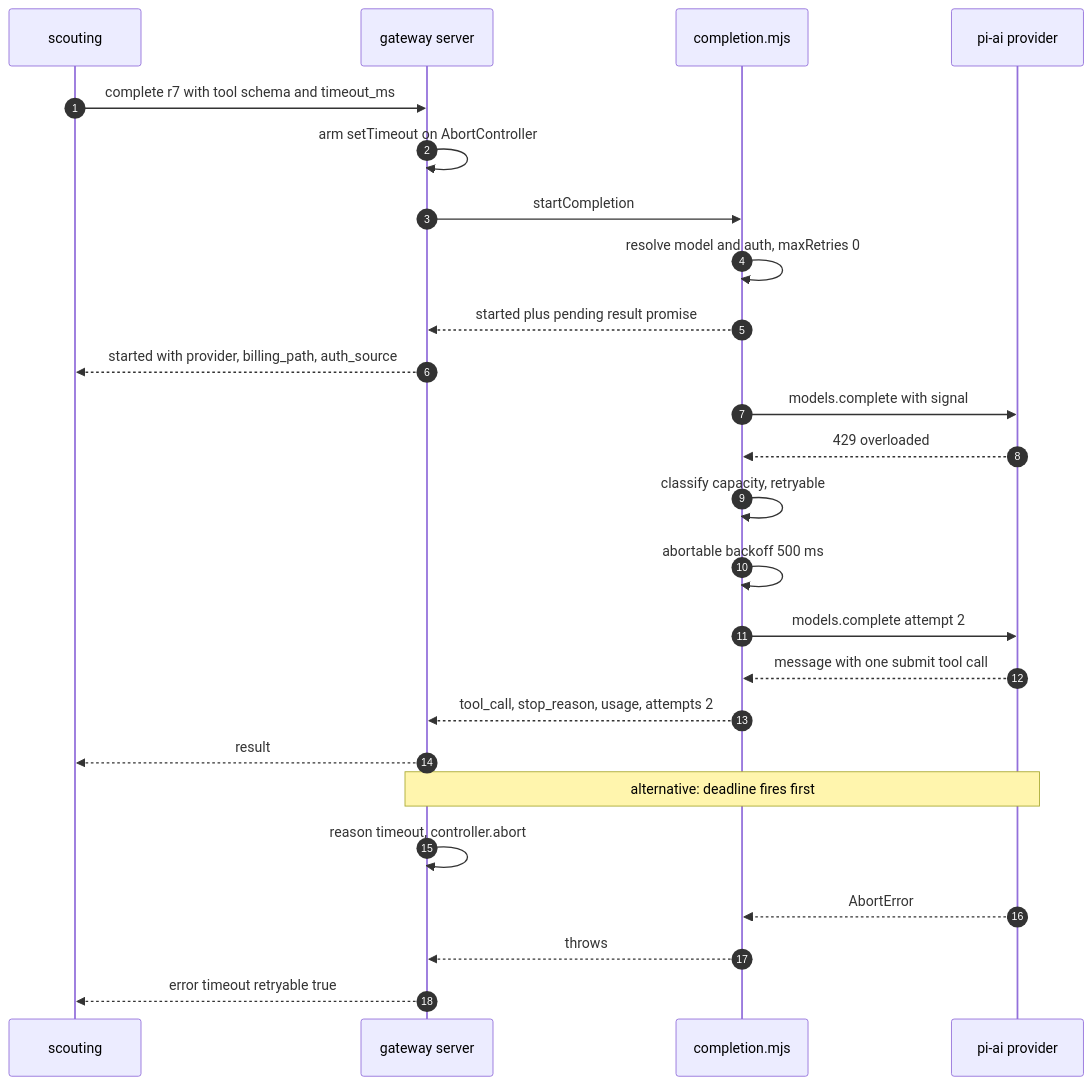
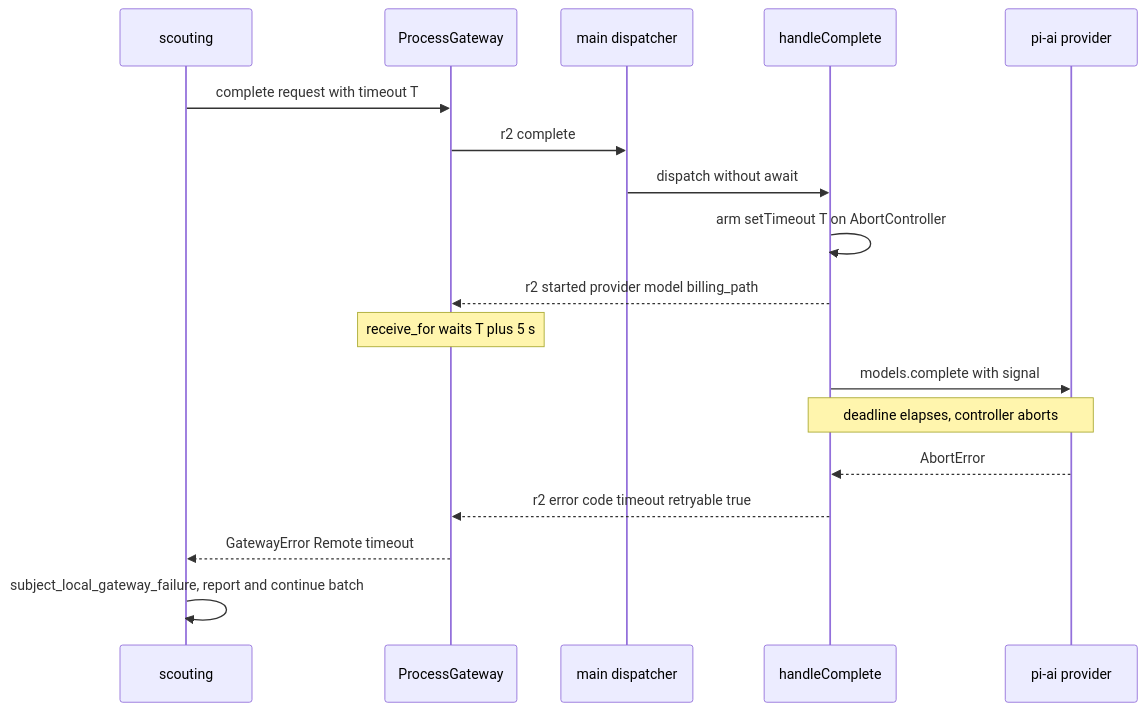
Before and after one commit to iantocristian/jscout: the third of 3 diagrams in docs/codebase-analysis/09-sidecars.md, drawn with Mermaid. The commit also changed other lines of this file and 28 other files, not shown here.

````diff
--- a/docs/codebase-analysis/09-sidecars.md
+++ b/docs/codebase-analysis/09-sidecars.md
@@ -173,27 +160,20 @@
 ```mermaid
 sequenceDiagram
-    autonumber
     participant S as scouting
-    participant G as gateway server
-    participant C as completion.mjs
+    participant G as ProcessGateway
+    participant D as main dispatcher
+    participant H as handleComplete
     participant P as pi-ai provider
-    S->>G: complete r7 with tool schema and timeout_ms
-    G->>G: arm setTimeout on AbortController
-    G->>C: startCompletion
-    C->>C: resolve model and auth, maxRetries 0
-    C-->>G: started plus pending result promise
-    G-->>S: started with provider, billing_path, auth_source
-    C->>P: models.complete with signal
-    P-->>C: 429 overloaded
-    C->>C: classify capacity, retryable
-    C->>C: abortable backoff 500 ms
-    C->>P: models.complete attempt 2
-    P-->>C: message with one submit tool call
-    C-->>G: tool_call, stop_reason, usage, attempts 2
-    G-->>S: result
-    Note over G,P: alternative: deadline fires first
-    G->>G: reason timeout, controller.abort
-    P-->>C: AbortError
-    C-->>G: throws
-    G-->>S: error timeout retryable true
+    S->>G: complete request with timeout T
+    G->>D: r2 complete
+    D->>H: dispatch without await
+    H->>H: arm setTimeout T on AbortController
+    H-->>G: r2 started provider model billing_path
+    Note over G: receive_for waits T plus 5 s
+    H->>P: models.complete with signal
+    Note over H,P: deadline elapses, controller aborts
+    P-->>H: AbortError
+    H-->>G: r2 error code timeout retryable true
+    G-->>S: GatewayError Remote timeout
+    S->>S: subject_local_gateway_failure, report and continue batch
 ```
````
